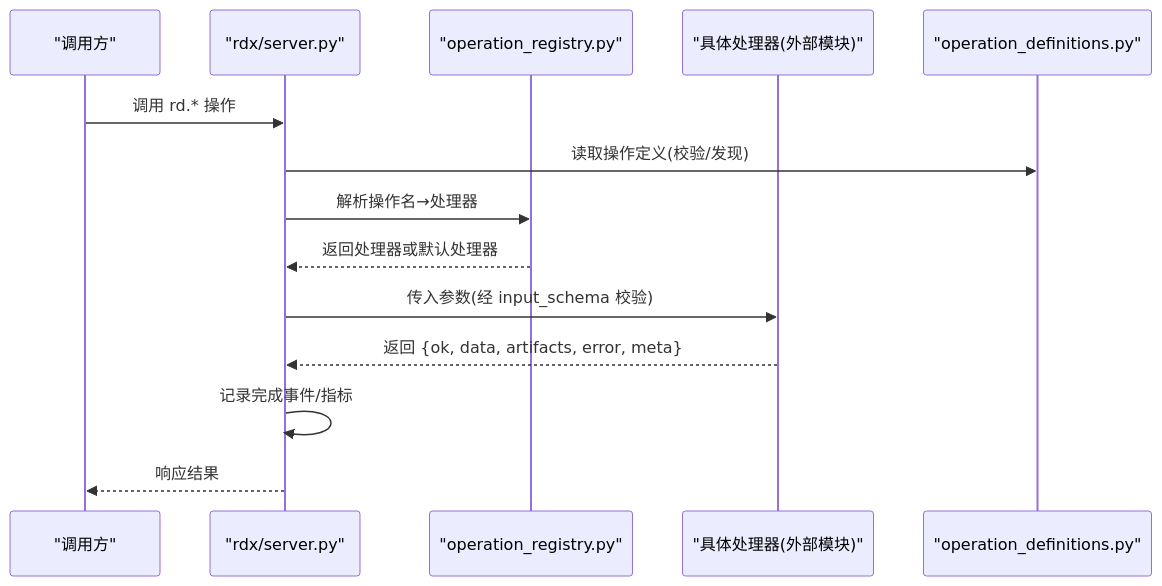
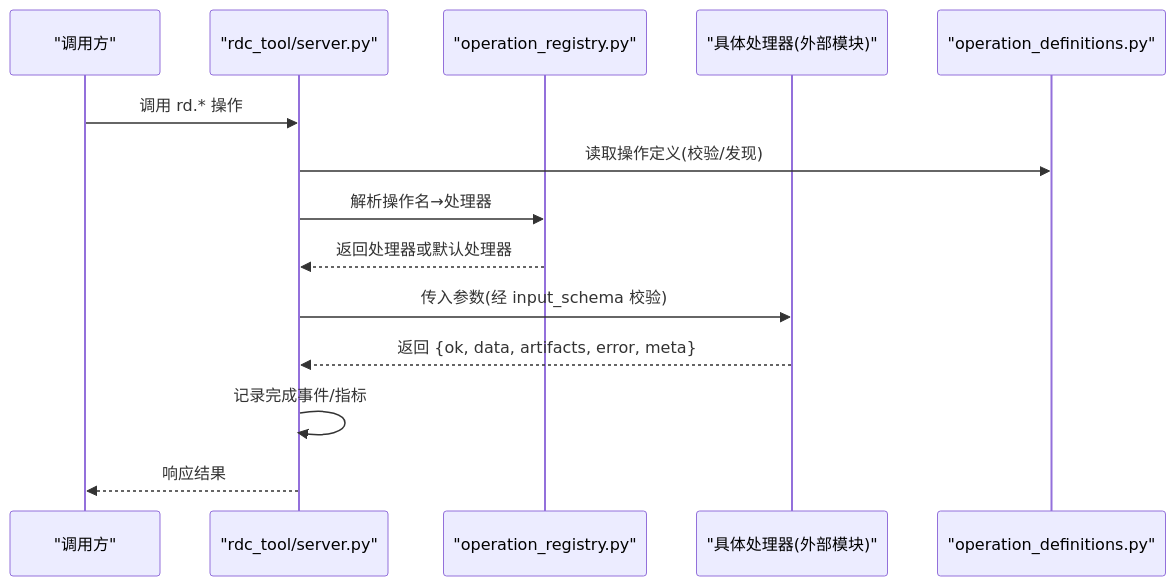
The second of 4 diagrams in .qoder/repowiki/zh/content/开发指南/添加新操作/操作定义规范.md (haolange/RDC-Tool), drawn with Mermaid before and after one commit. The commit also changed other lines of this file and 388 other files, not shown here.

First line of the commit message:
Release RDC-Tool identity and public maintenance surface

````diff
--- a/.qoder/repowiki/zh/content/开发指南/添加新操作/操作定义规范.md
+++ b/.qoder/repowiki/zh/content/开发指南/添加新操作/操作定义规范.md
@@ -63,16 +63,16 @@
 ```mermaid
 sequenceDiagram
 participant Client as "调用方"
-participant Server as "rdx/server.py"
+participant Server as "rdc_tool/server.py"
 participant Registry as "operation_registry.py"
 participant Handler as "具体处理器(外部模块)"
 participant Catalog as "operation_definitions.py"
 Client->>Server : 调用 rd.* 操作
 Server->>Catalog : 读取操作定义(校验/发现)
 Server->>Registry : 解析操作名→处理器
 Registry-->>Server : 返回处理器或默认处理器
 Server->>Handler : 传入参数(经 input_schema 校验)
 Handler-->>Server : 返回 {ok, data, artifacts, error, meta}
 Server->>Server : 记录完成事件/指标
 Server-->>Client : 响应结果
 ```
````
